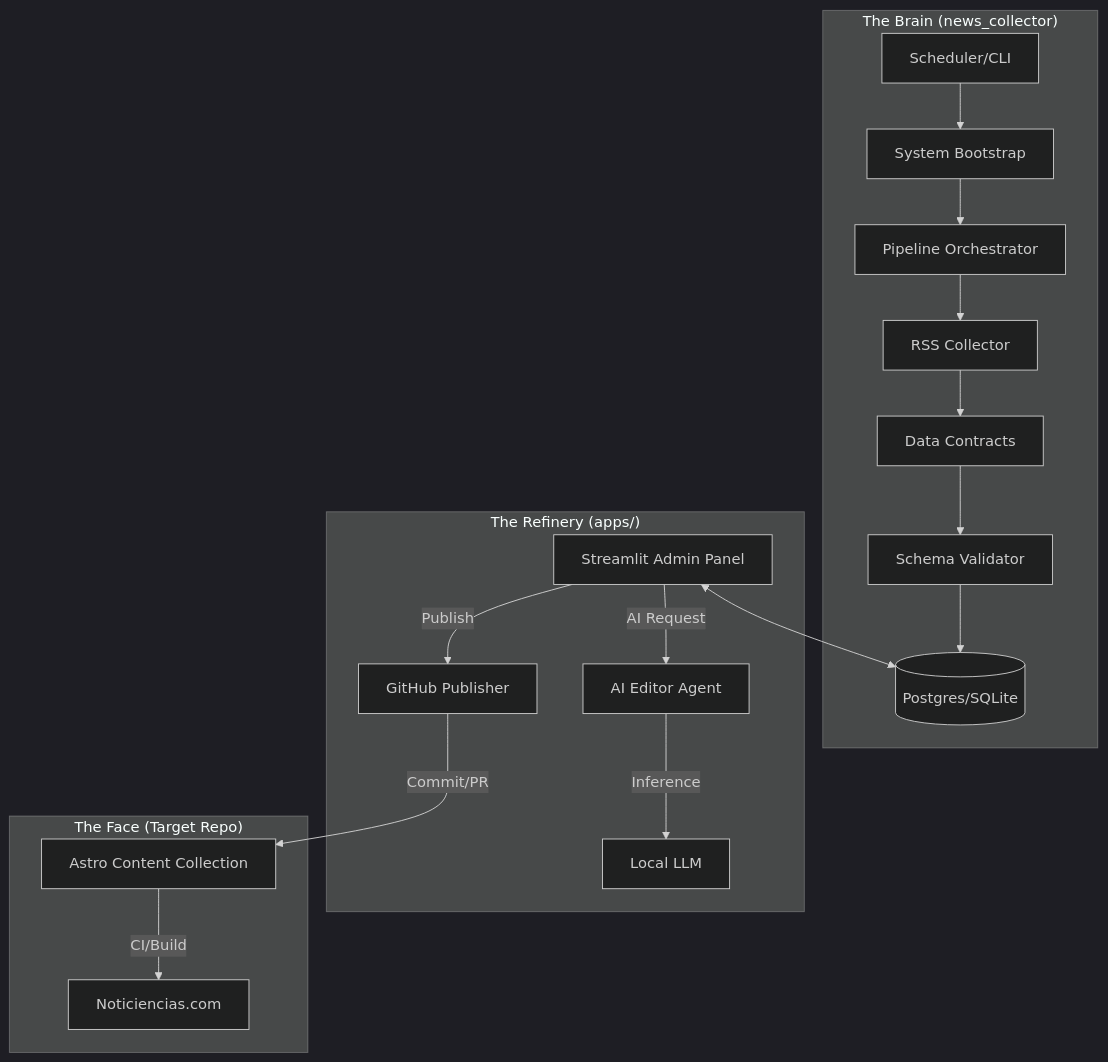
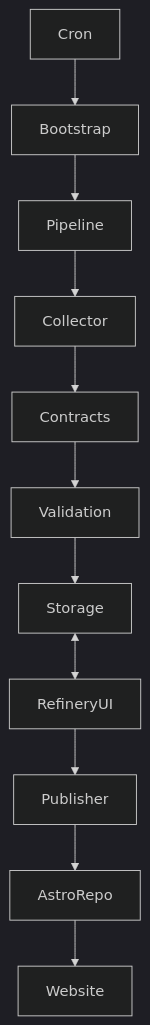
The diagram in docs/ARCHITECTURE.md (cortega26/noticiencias_news_collector), drawn with Mermaid (dark theme) before and after one commit. The commit also changed other lines of this file and 299 other files, not shown here.

````diff
--- a/docs/ARCHITECTURE.md
+++ b/docs/ARCHITECTURE.md
@@ -19,23 +68,13 @@
 ```mermaid
 graph TD
-    subgraph "The Brain (news_collector)"
-        Cron[Scheduler/CLI] --> Bootstrap[System Bootstrap]
-        Bootstrap --> Pipeline[Pipeline Orchestrator]
-        Pipeline --> Collector[RSS Collector]
-        Collector --> Contracts[Data Contracts]
-        Contracts --> Validation[Schema Validator]
-        Validation --> Storage[(Postgres/SQLite)]
-    end
-
-    subgraph "The Refinery (apps/)"
-        UI[Streamlit Admin Panel] <--> Storage
-        UI -->|AI Request| Editor[AI Editor Agent]
-        Editor -->|Inference| Ollama[Local LLM]
-        UI -->|Publish| GitOps[GitHub Publisher]
-    end
-
-    subgraph "The Face (Target Repo)"
-        GitOps -->|Commit/PR| AstroRepo[Astro Content Collection]
-        AstroRepo -->|CI/Build| Website[Noticiencias.com]
-    end
+    Cron --> Bootstrap
+    Bootstrap --> Pipeline
+    Pipeline --> Collector
+    Collector --> Contracts
+    Contracts --> Validation
+    Validation --> Storage
+    Storage <--> RefineryUI
+    RefineryUI --> Publisher
+    Publisher --> AstroRepo
+    AstroRepo --> Website
 ```
````
